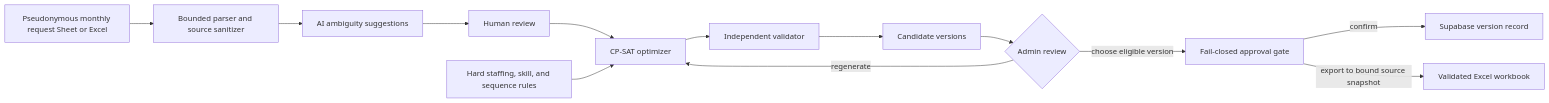
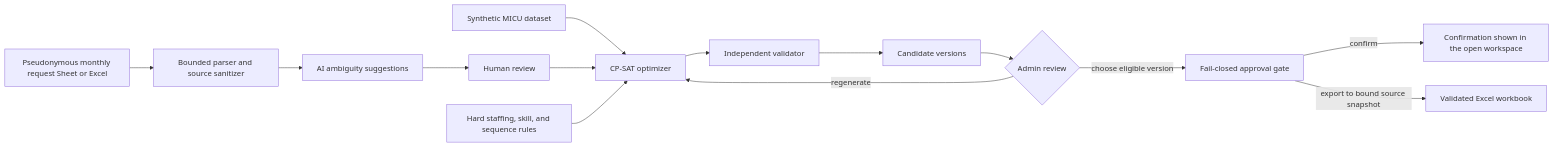
The first of 2 diagrams in docs/architecture.md (SuphakornP/nurseflow-ai-scheduler), drawn with Mermaid before and after one commit. The commit also changed other lines of this file and 58 other files, not shown here.

First line of the commit message:
Replace Supabase persistence with an Excel scheduling workspace (#4)

````diff
--- a/docs/architecture.md
+++ b/docs/architecture.md
@@ -7,15 +7,16 @@
 ```mermaid
 flowchart LR
     A[Pseudonymous monthly request Sheet or Excel] --> B[Bounded parser and source sanitizer]
+    M[Synthetic MICU dataset] --> E[CP-SAT optimizer]
     B --> C[AI ambiguity suggestions]
     C --> D[Human review]
     D --> E[CP-SAT optimizer]
     R[Hard staffing, skill, and sequence rules] --> E
     E --> F[Independent validator]
     F --> G[Candidate versions]
     G --> H{Admin review}
     H -->|regenerate| E
     H -->|choose eligible version| I[Fail-closed approval gate]
-    I -->|confirm| S[Supabase version record]
+    I -->|confirm| S[Confirmation shown in the open workspace]
     I -->|export to bound source snapshot| J[Validated Excel workbook]
 ```
````
